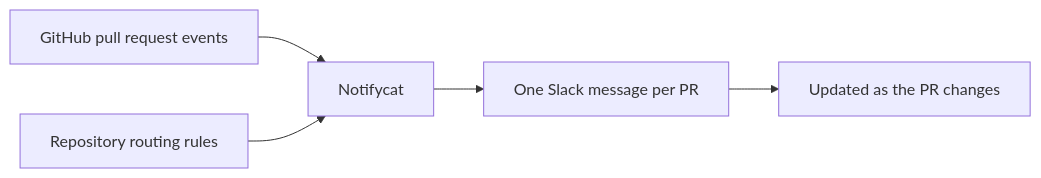
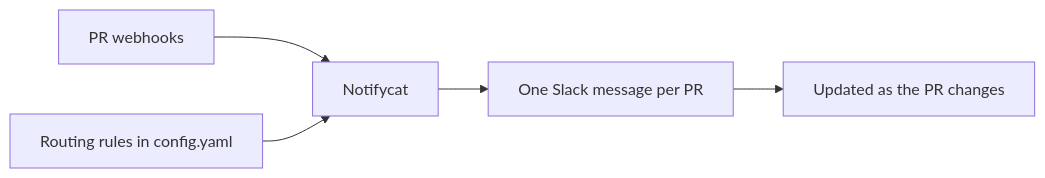
Before and after one commit to mptooling/notifycat: the second of 2 diagrams in docs/index.md, drawn with Mermaid. The commit also changed other lines of this file and 23 other files, not shown here.

````diff
--- a/docs/index.md
+++ b/docs/index.md
@@ -61,7 +33,7 @@
 ```mermaid
 flowchart LR
-    github[GitHub pull request events] --> notifycat[Notifycat]
-    routing[Repository routing rules] --> notifycat
+    events[PR webhooks] --> notifycat[Notifycat]
+    routing[Routing rules in config.yaml] --> notifycat
     notifycat --> message[One Slack message per PR]
     message --> current[Updated as the PR changes]
 ```
````
